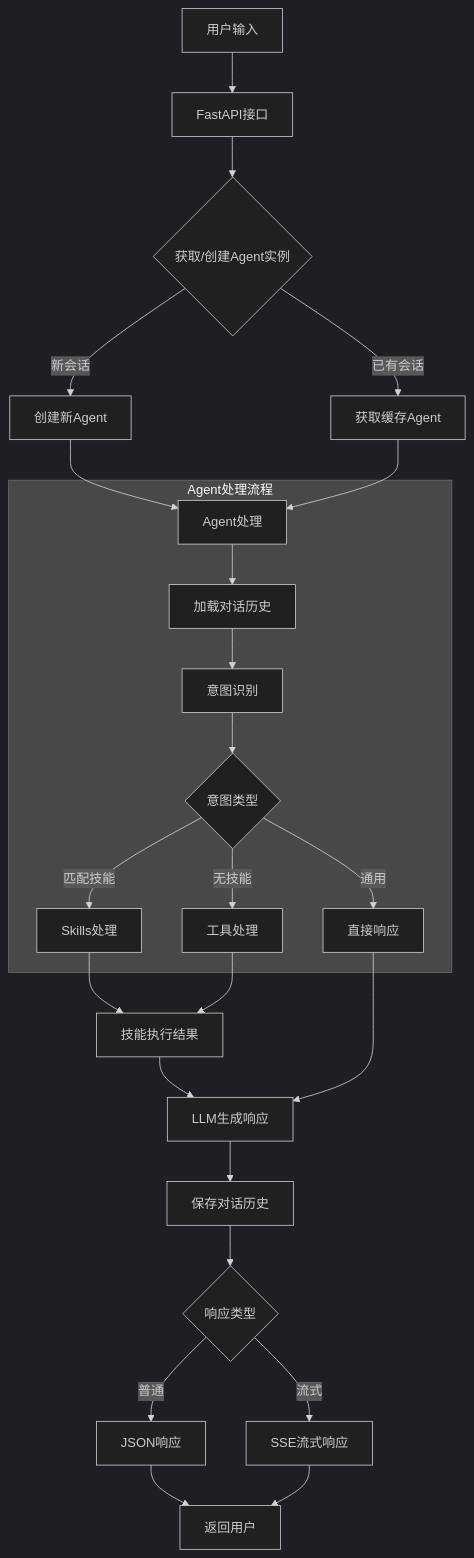
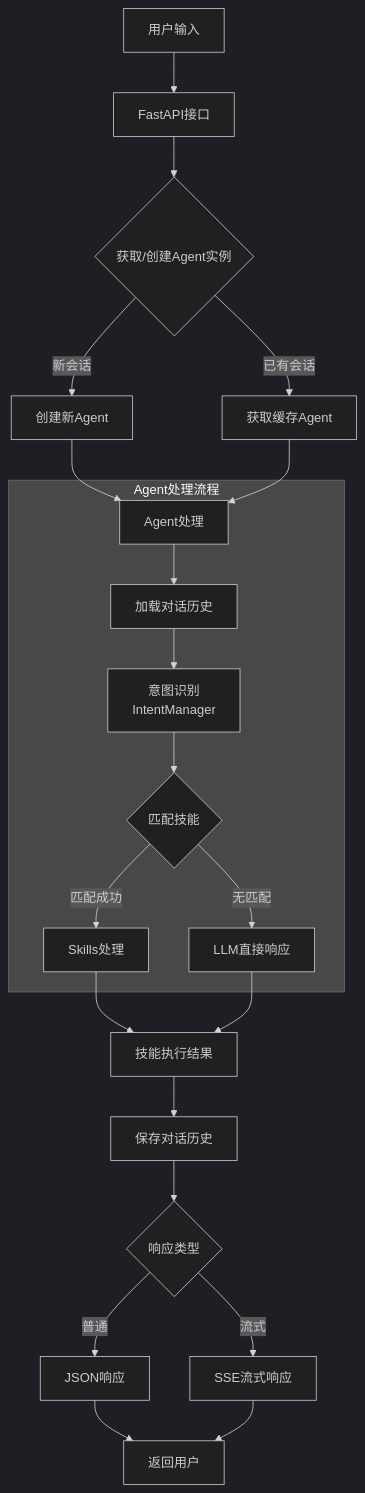
The third of 5 diagrams in spec/AI2AI/架构设计.md (hp5748/spec-agents-test), drawn with Mermaid (dark theme) before and after one commit. The commit also changed other lines of this file and 30 other files, not shown here.

````diff
--- a/spec/AI2AI/架构设计.md
+++ b/spec/AI2AI/架构设计.md
@@ -126,30 +140,26 @@
 ```mermaid
 flowchart TD
     A[用户输入] --> B[FastAPI接口]
     B --> C{获取/创建Agent实例}
     C -->|新会话| D[创建新Agent]
     C -->|已有会话| E[获取缓存Agent]
     D --> F[Agent处理]
     E --> F
 
     subgraph Agent处理流程
         F --> G[加载对话历史]
-        G --> H[意图识别]
-        H --> I{意图类型}
-        I -->|匹配技能| J[Skills处理]
-        I -->|无技能| K[工具处理]
-        I -->|通用| M[直接响应]
+        G --> H[意图识别<br/>IntentManager]
+        H --> I{匹配技能}
+        I -->|匹配成功| J[Skills处理]
+        I -->|无匹配| K[LLM直接响应]
     end
 
-    J --> N[技能执行结果]
-    K --> N
-    N --> O[LLM生成响应]
-    M --> O
-
-    O --> P[保存对话历史]
-    P --> Q{响应类型}
-    Q -->|普通| R[JSON响应]
-    Q -->|流式| S[SSE流式响应]
-    R --> T[返回用户]
-    S --> T
+    J --> L[技能执行结果]
+    K --> L
+    L --> M[保存对话历史]
+    M --> N{响应类型}
+    N -->|普通| O[JSON响应]
+    N -->|流式| P[SSE流式响应]
+    O --> Q[返回用户]
+    P --> Q
 ```
````
